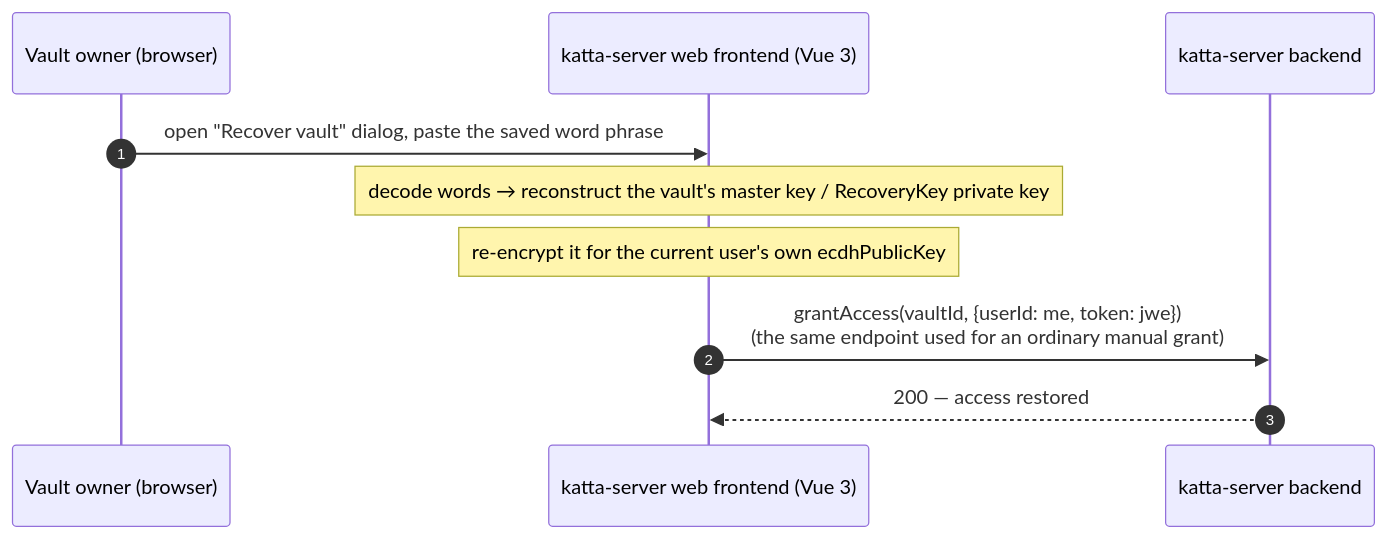
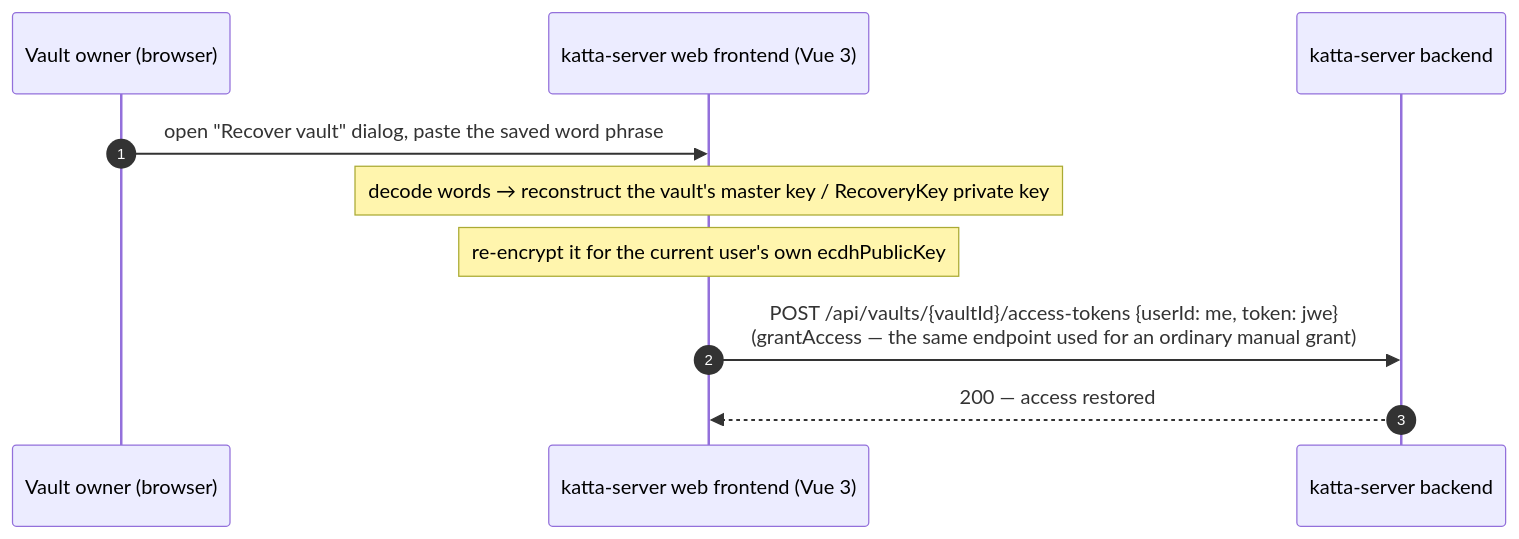
Before and after one commit to shift7-ch/katta-clientlib: the third of 4 diagrams in docs/recovery_key_interactions.md, drawn with Mermaid. The commit also changed other lines of this file and 3 other files, not shown here.

First line of the commit message:
Normalize all backend endpoint paths to the /api prefix

````diff
--- a/docs/recovery_key_interactions.md
+++ b/docs/recovery_key_interactions.md
@@ -96,12 +96,12 @@
 ```mermaid
 sequenceDiagram
     autonumber
     participant Owner as Vault owner (browser)
     participant Web as katta-server web frontend (Vue 3)
     participant HubBackend as katta-server backend
     Owner ->> Web: open "Recover vault" dialog, paste the saved word phrase
     Note over Web: decode words → reconstruct the vault's master key / RecoveryKey private key
     Note over Web: re-encrypt it for the current user's own ecdhPublicKey
-    Web ->> HubBackend: grantAccess(vaultId, {userId: me, token: jwe})<br/>(the same endpoint used for an ordinary manual grant)
+    Web ->> HubBackend: POST /api/vaults/{vaultId}/access-tokens {userId: me, token: jwe}<br/>(grantAccess — the same endpoint used for an ordinary manual grant)
     HubBackend -->> Web: 200 — access restored
 ```
````
